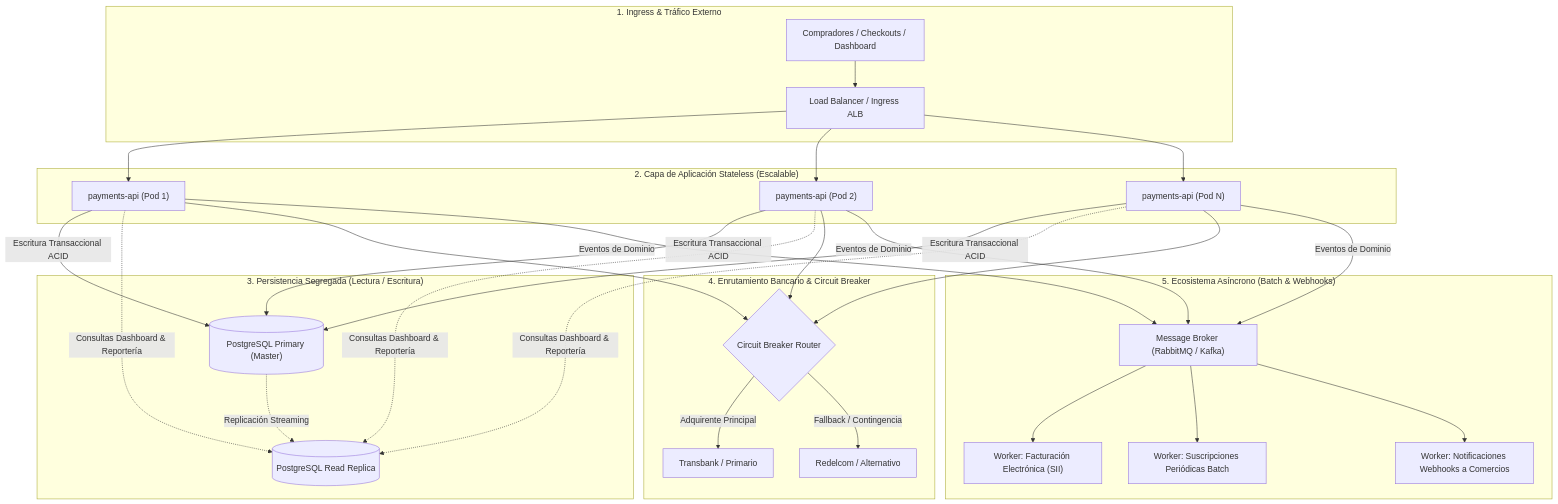
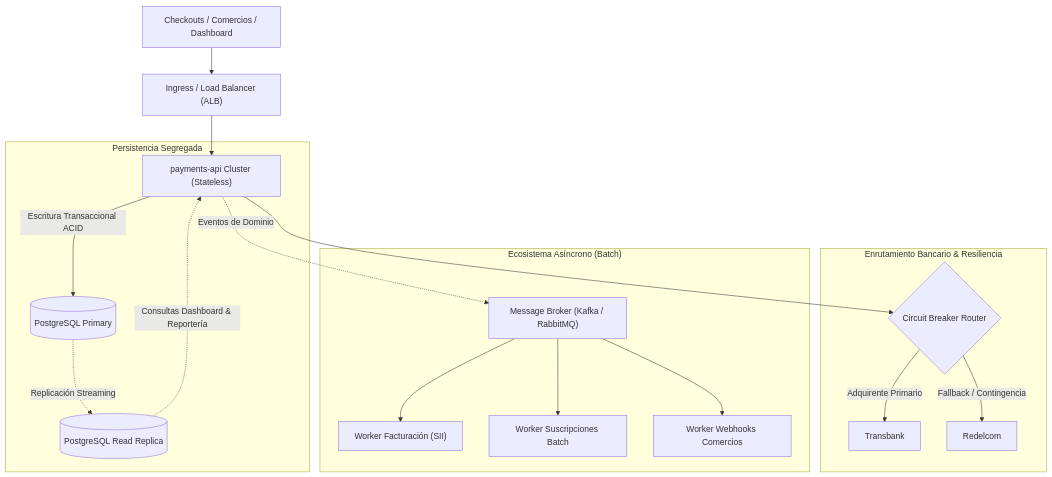
Before and after one commit to ImSoHappi/test-haulmer: the fourth of 4 diagrams in README.md, drawn with Mermaid. The commit also changed other lines of this file and 13 other files, not shown here.

````diff
--- a/README.md
+++ b/README.md
@@ -407,31 +403,24 @@
 ```mermaid
 flowchart TD
-    subgraph Ingress ["1. Ingress & Tráfico Externo"]
-        Client[Compradores / Checkouts / Dashboard] --> ALB[Load Balancer / Ingress ALB]
+    Client["Checkouts / Comercios / Dashboard"] --> Ingress["Ingress / Load Balancer (ALB)"]
+    Ingress --> API["payments-api Cluster (Stateless)"]
+
+    subgraph Storage ["Persistencia Segregada"]
+        API -->|Escritura Transaccional ACID| DBP[("PostgreSQL Primary")]
+        DBP -.->|Replicación Streaming| DBR[("PostgreSQL Read Replica")]
+        DBR -.->|Consultas Dashboard & Reportería| API
     end
 
-    subgraph ServiceMesh ["2. Capa de Aplicación Stateless (Escalable)"]
-        ALB --> API1["payments-api (Pod 1)"]
-        ALB --> API2["payments-api (Pod 2)"]
-        ALB --> APIN["payments-api (Pod N)"]
+    subgraph Banking ["Enrutamiento Bancario & Resiliencia"]
+        API --> CB{"Circuit Breaker Router"}
+        CB -->|Adquirente Primario| BankA["Transbank"]
+        CB -->|Fallback / Contingencia| BankB["Redelcom"]
     end
 
-    subgraph Storage ["3. Persistencia Segregada (Lectura / Escritura)"]
-        API1 & API2 & APIN -->|Escritura Transaccional ACID| DB_Primary[("PostgreSQL Primary (Master)")]
-        DB_Primary -.->|Replicación Streaming| DB_Replica[("PostgreSQL Read Replica")]
-        API1 & API2 & APIN -.->|Consultas Dashboard & Reportería| DB_Replica
-    end
-
-    subgraph Banking ["4. Enrutamiento Bancario & Circuit Breaker"]
-        API1 & API2 & APIN --> CB{"Circuit Breaker Router"}
-        CB -->|Adquirente Principal| BankA["Transbank / Primario"]
-        CB -->|Fallback / Contingencia| BankB["Redelcom / Alternativo"]
-    end
-
-    subgraph AsyncEcosystem ["5. Ecosistema Asíncrono (Batch & Webhooks)"]
-        API1 & API2 & APIN -->|Eventos de Dominio| Queue["Message Broker (RabbitMQ / Kafka)"]
-        Queue --> W_Invoicing["Worker: Facturación Electrónica (SII)"]
-        Queue --> W_Subs["Worker: Suscripciones Periódicas Batch"]
-        Queue --> W_Webhooks["Worker: Notificaciones Webhooks a Comercios"]
+    subgraph AsyncEcosystem ["Ecosistema Asíncrono (Batch)"]
+        API -.->|Eventos de Dominio| Queue["Message Broker (Kafka / RabbitMQ)"]
+        Queue --> W_Invoicing["Worker Facturación (SII)"]
+        Queue --> W_Subs["Worker Suscripciones Batch"]
+        Queue --> W_Webhooks["Worker Webhooks Comercios"]
     end
 ```
````
